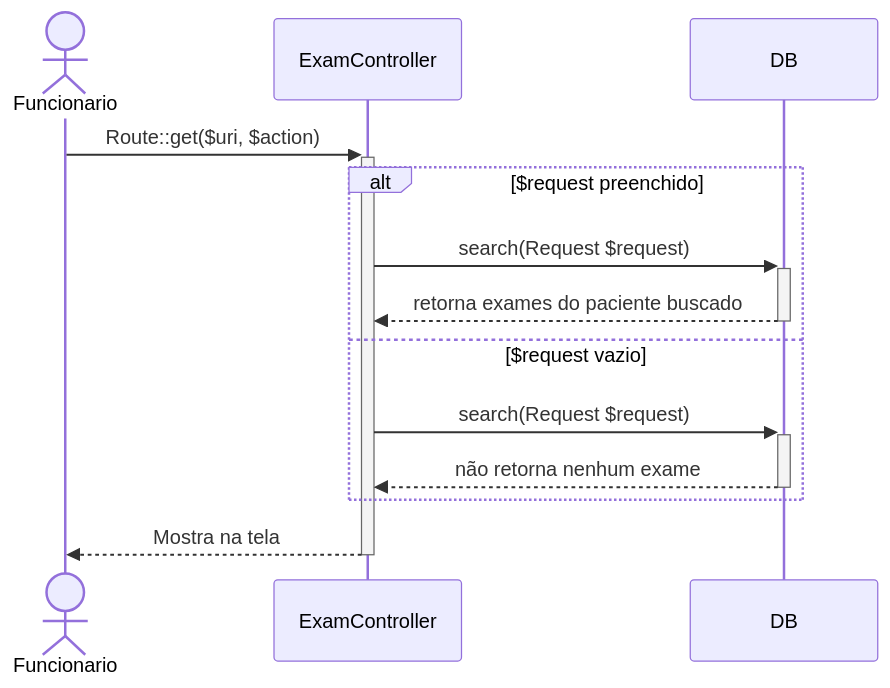
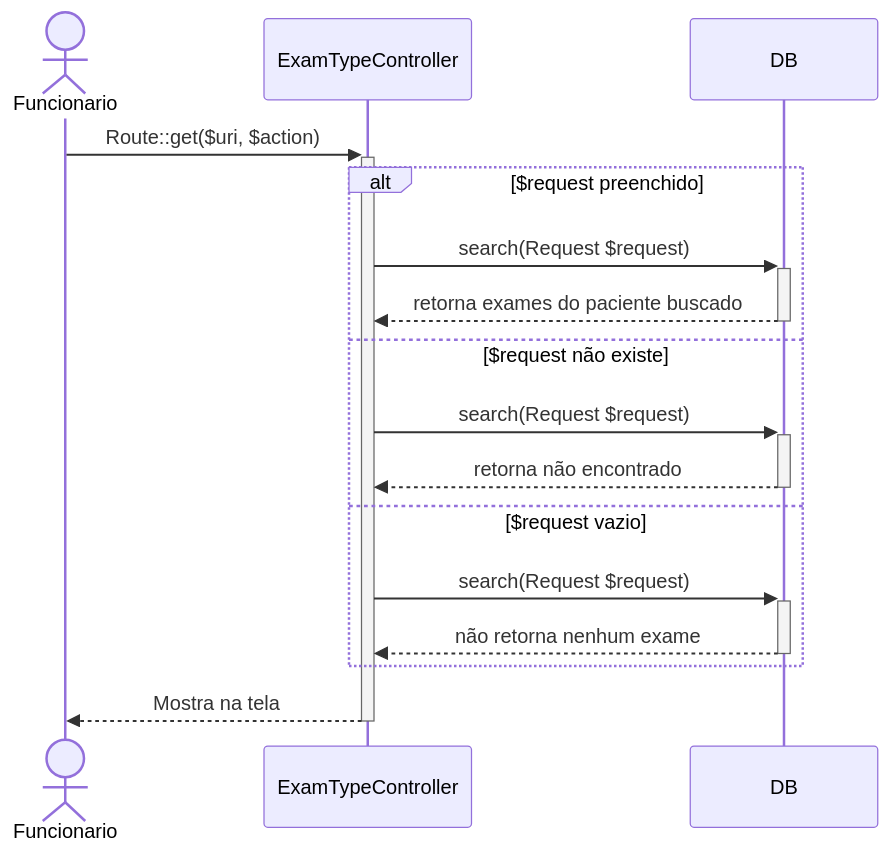
Before and after one commit to UniFil-NPI/ProjetoAnalisesClinicas: the second of 3 diagrams in docs/diagramas_de_sequencia/UC004_gerenciar_tipo_de_exame.md, drawn with Mermaid. The commit also changed other lines of this file and 1 other file, not shown here.

Commit message:
Diagrama de sequencia do UC004

````diff
--- a/docs/diagramas_de_sequencia/UC004_gerenciar_tipo_de_exame.md
+++ b/docs/diagramas_de_sequencia/UC004_gerenciar_tipo_de_exame.md
@@ -27,16 +25,19 @@
 ```mermaid
 sequenceDiagram
 
 actor Funcionario  
 
-Funcionario->>+ExamController: Route::get($uri, $action)
+Funcionario->>+ExamTypeController: Route::get($uri, $action)
 alt $request preenchido
-ExamController->>+DB: search(Request $request)
-DB-->>-ExamController: retorna exames do paciente buscado
+ExamTypeController->>+DB: search(Request $request)
+DB-->>-ExamTypeController: retorna exames do paciente buscado
+else $request não existe
+ExamTypeController->>+DB: search(Request $request)
+DB-->>-ExamTypeController: retorna não encontrado
 else $request vazio
-ExamController->>+DB: search(Request $request)
-DB-->>-ExamController: não retorna nenhum exame
+ExamTypeController->>+DB: search(Request $request)
+DB-->>-ExamTypeController: não retorna nenhum exame
 end
-ExamController-->>-Funcionario: Mostra na tela
+ExamTypeController-->>-Funcionario: Mostra na tela
 
 ```
````
